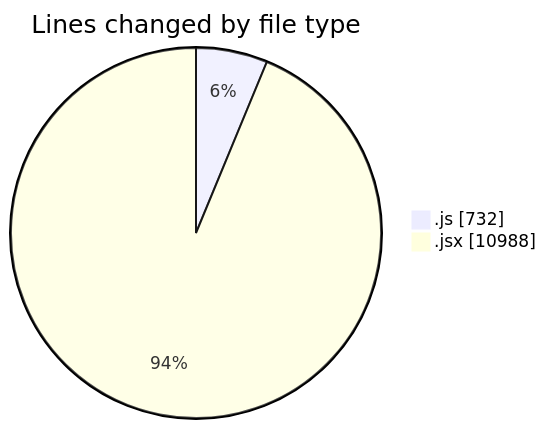
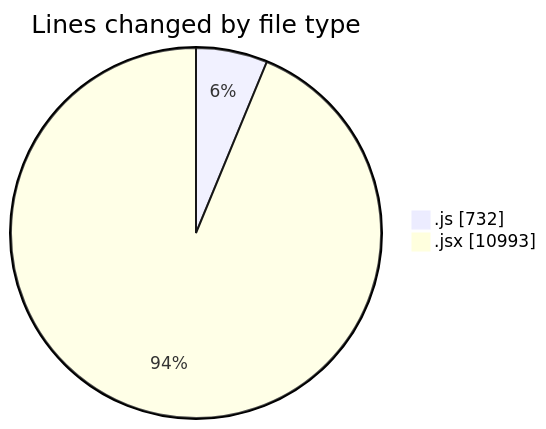
Before and after one commit to nxtqubesakshisongat/code-tracking: the first of 2 diagrams in 2025-07-28/nxtqube_webapp/README.md, drawn with Mermaid. The commit also changed other lines of this file and 1 other file, not shown here.

````diff
--- a/2025-07-28/nxtqube_webapp/README.md
+++ b/2025-07-28/nxtqube_webapp/README.md
@@ -47,6 +47,6 @@
 ```mermaid
 pie showData
 title Lines changed by file type
 ".js" : 732
-".jsx" : 10988
+".jsx" : 10993
 ```
````
